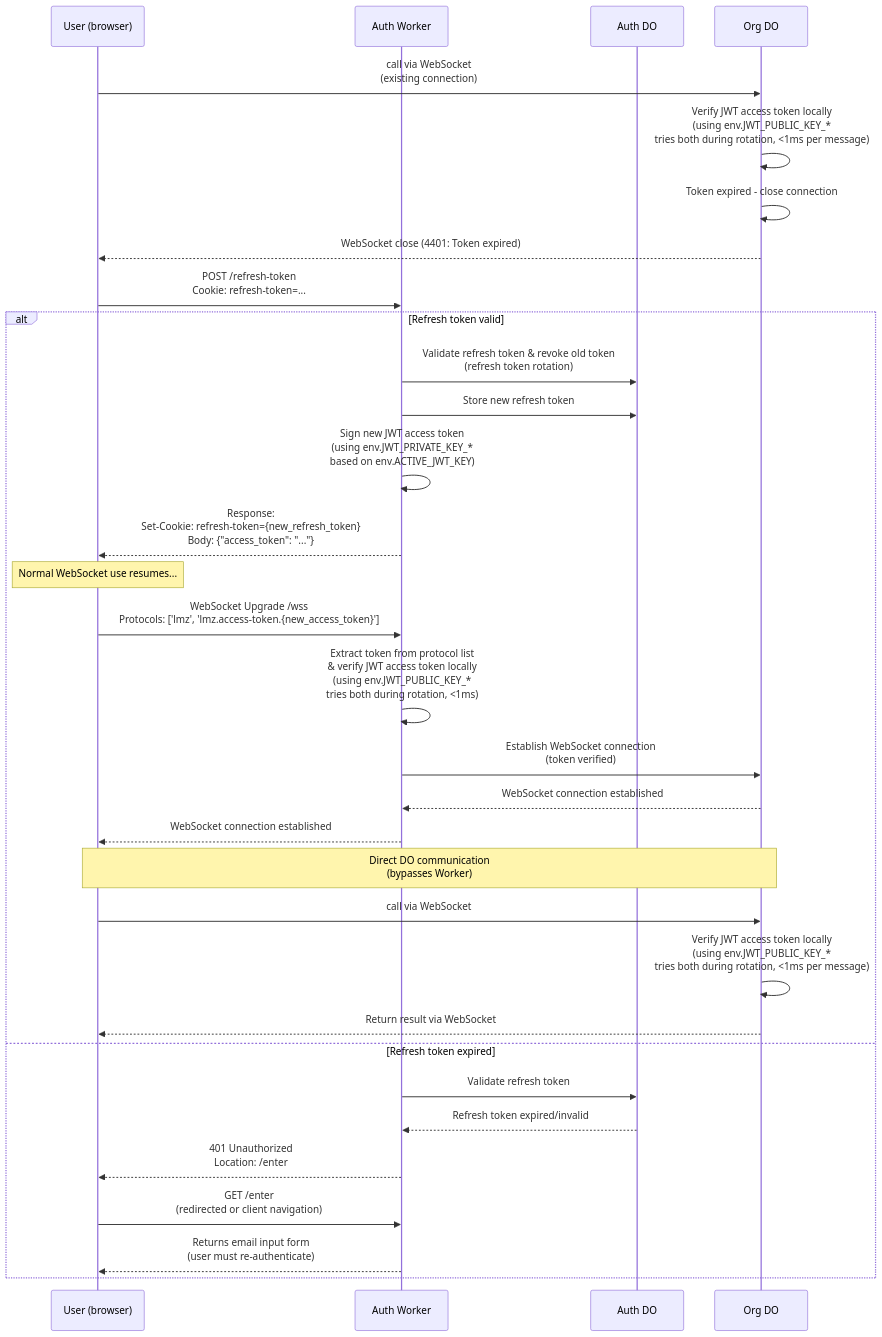
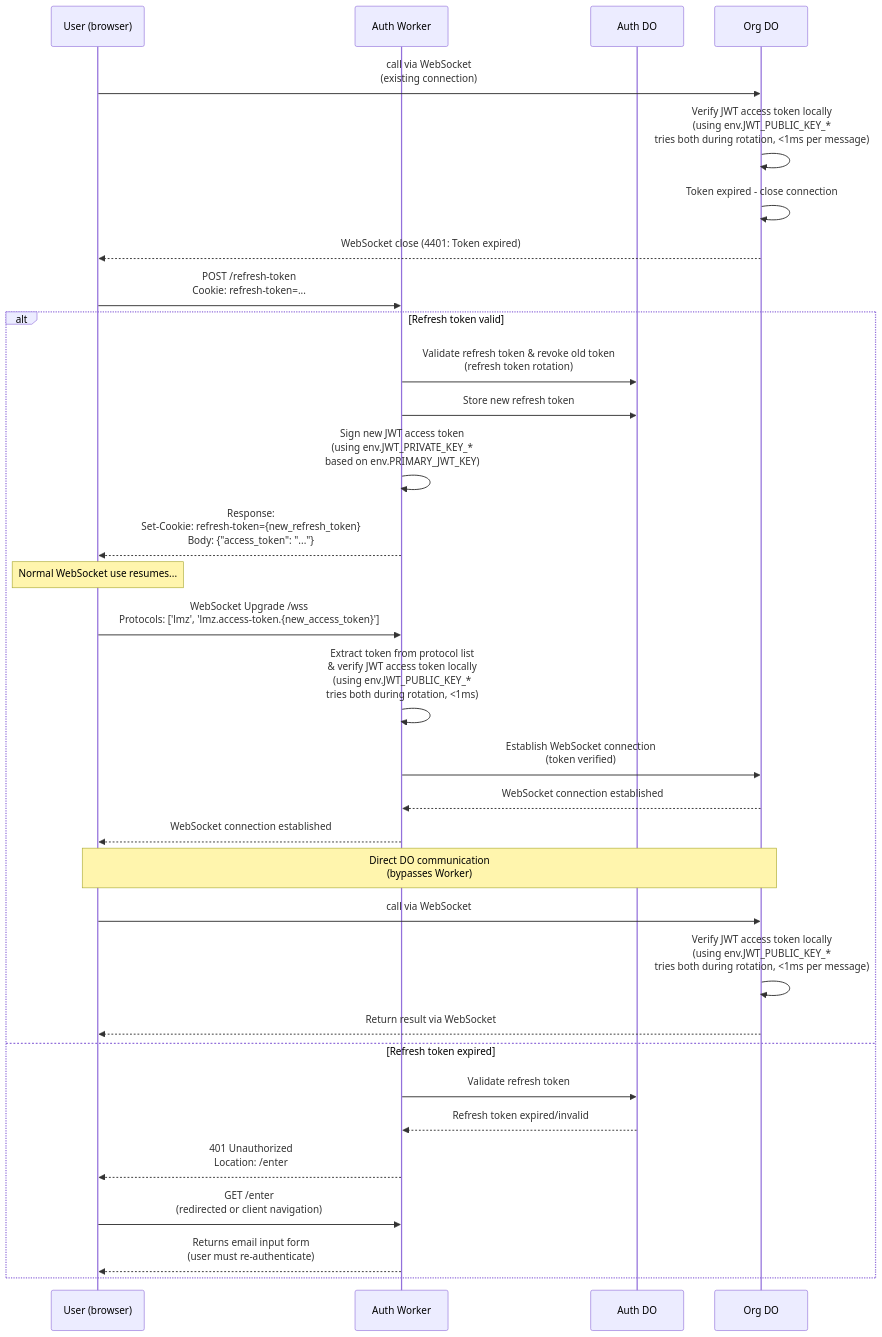
The fourth of 4 diagrams in tasks/archive/auth.md (lumenize/lumenize), drawn with Mermaid before and after one commit. The commit also changed other lines of this file and 20 other files, not shown here.

Commit message:
Switched getting-started.test.ts to using actual login flow. In the coarse of doing that found and fixed multiple bugs in utils, auth, and mesh packages. Also split getting-started.test.ts into many smaller files.

````diff
--- a/tasks/archive/auth.md
+++ b/tasks/archive/auth.md
@@ -217,40 +217,40 @@
 ```mermaid
 sequenceDiagram
     participant User as User (browser)
     participant AuthWorker as Auth Worker
     participant AuthDO as Auth DO
     participant Org as Org DO
 
     User->>Org: call via WebSocket<br/>(existing connection)
     Org->>Org: Verify JWT access token locally<br/>(using env.JWT_PUBLIC_KEY_*<br/>tries both during rotation, <1ms per message)
     Org->>Org: Token expired - close connection
     Org-->>User: WebSocket close (4401: Token expired)
 
     User->>AuthWorker: POST /refresh-token<br/>Cookie: refresh-token=...
     
     alt Refresh token valid
         AuthWorker->>AuthDO: Validate refresh token & revoke old token<br/>(refresh token rotation)
         AuthWorker->>AuthDO: Store new refresh token
-        AuthWorker->>AuthWorker: Sign new JWT access token<br/>(using env.JWT_PRIVATE_KEY_*<br/>based on env.ACTIVE_JWT_KEY)
+        AuthWorker->>AuthWorker: Sign new JWT access token<br/>(using env.JWT_PRIVATE_KEY_*<br/>based on env.PRIMARY_JWT_KEY)
         AuthWorker-->>User: Response:<br/>Set-Cookie: refresh-token={new_refresh_token}<br/>Body: {"access_token": "..."}
 
         Note over User: Normal WebSocket use resumes...
         User->>AuthWorker: WebSocket Upgrade /wss<br/>Protocols: ['lmz', 'lmz.access-token.{new_access_token}']
         AuthWorker->>AuthWorker: Extract token from protocol list<br/>& verify JWT access token locally<br/>(using env.JWT_PUBLIC_KEY_*<br/>tries both during rotation, <1ms)
         AuthWorker->>Org: Establish WebSocket connection<br/>(token verified)
         Org-->>AuthWorker: WebSocket connection established
         AuthWorker-->>User: WebSocket connection established
 
         Note over User,Org: Direct DO communication<br/>(bypasses Worker)
 
         User->>Org: call via WebSocket
         Org->>Org: Verify JWT access token locally<br/>(using env.JWT_PUBLIC_KEY_*<br/>tries both during rotation, <1ms per message)
         Org-->>User: Return result via WebSocket
     else Refresh token expired
         AuthWorker->>AuthDO: Validate refresh token
         AuthDO-->>AuthWorker: Refresh token expired/invalid
         AuthWorker-->>User: 401 Unauthorized<br/>Location: /enter
         User->>AuthWorker: GET /enter<br/>(redirected or client navigation)
         AuthWorker-->>User: Returns email input form<br/>(user must re-authenticate)
     end
 ```
````
